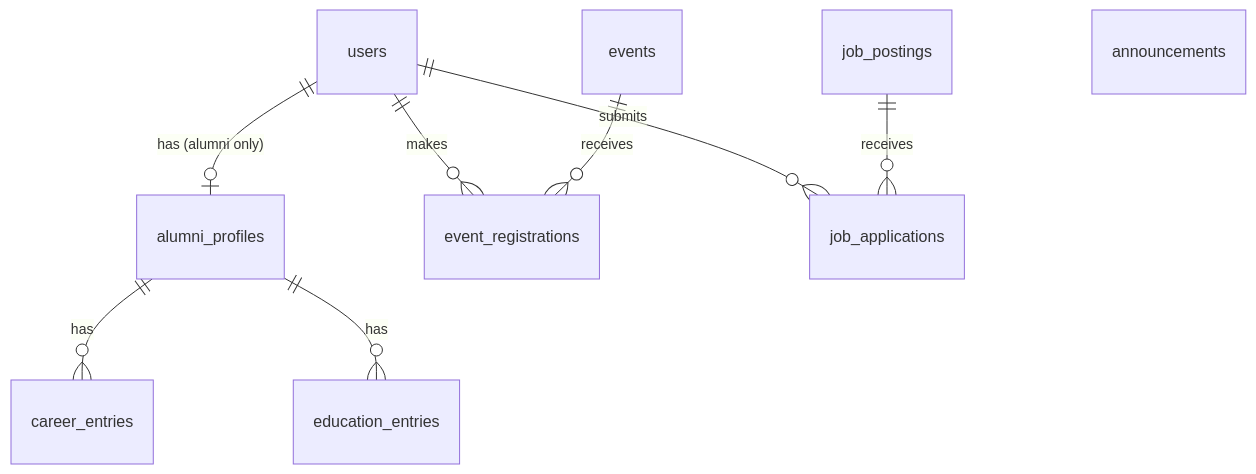
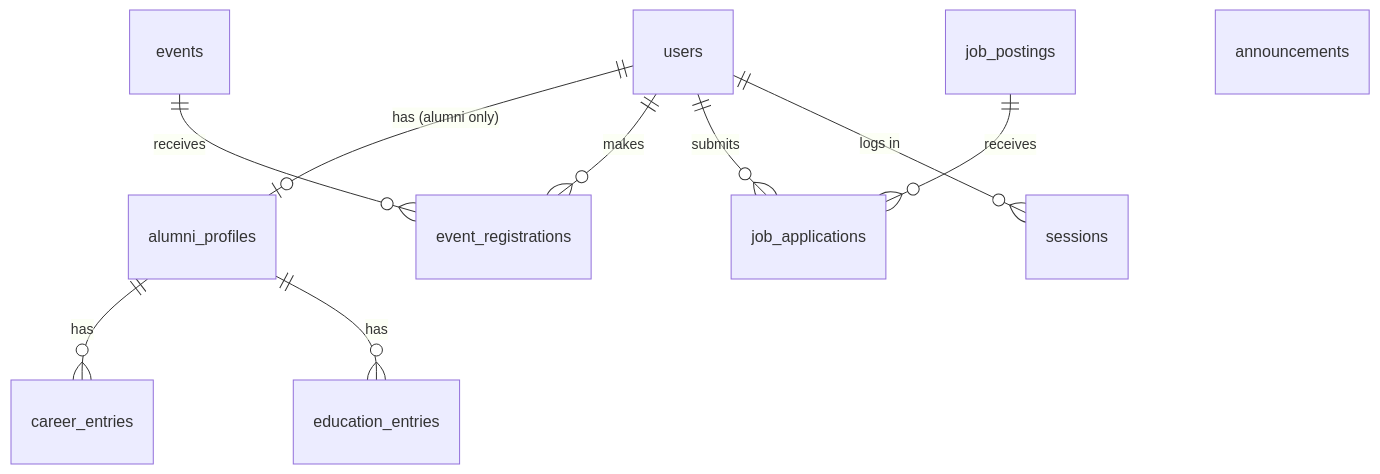
One commit to gulnihalarikaymak/alumni changed the first of 2 diagrams in DDD.md. Above: the diagram before and after it, drawn with Mermaid. The commit also changed other lines of this file and 51 other files, not shown here.

````diff
--- a/DDD.md
+++ b/DDD.md
@@ -42,11 +43,12 @@
 ```mermaid
 erDiagram
     users ||--o| alumni_profiles : "has (alumni only)"
     alumni_profiles ||--o{ career_entries : has
     alumni_profiles ||--o{ education_entries : has
     users ||--o{ event_registrations : makes
     events ||--o{ event_registrations : receives
     users ||--o{ job_applications : submits
+    users ||--o{ sessions : "logs in"
     job_postings ||--o{ job_applications : receives
     announcements
 ```
````
